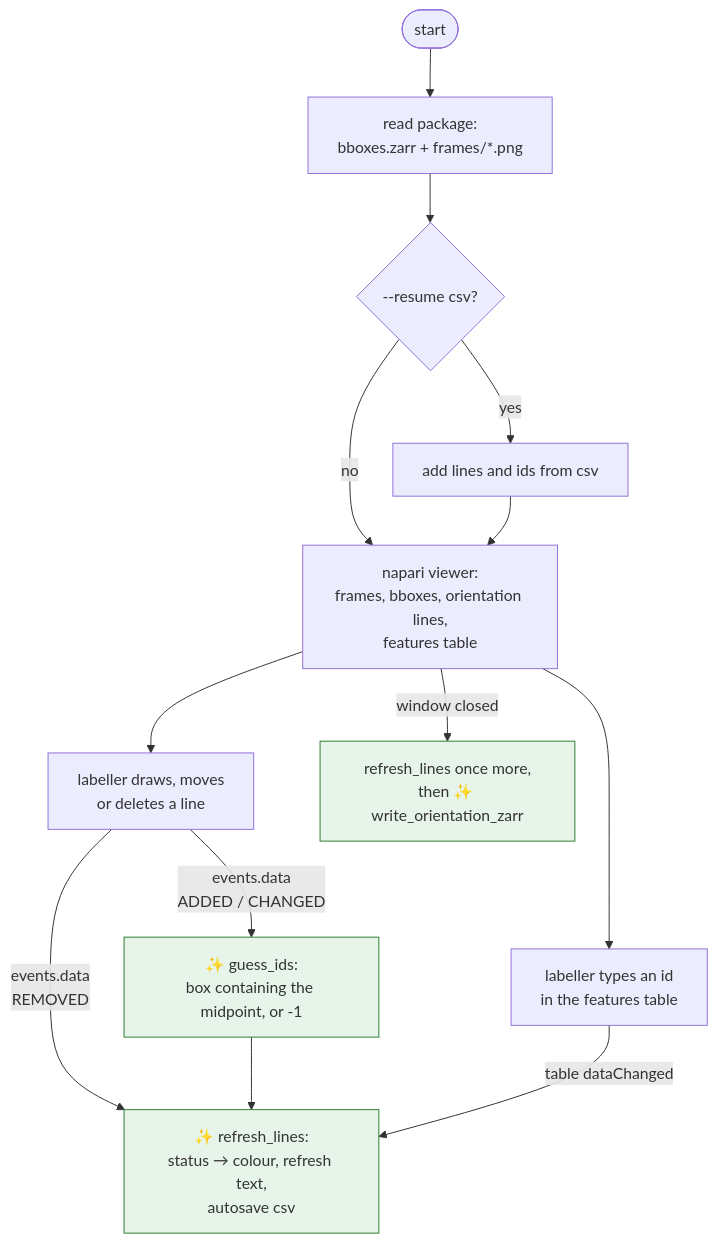
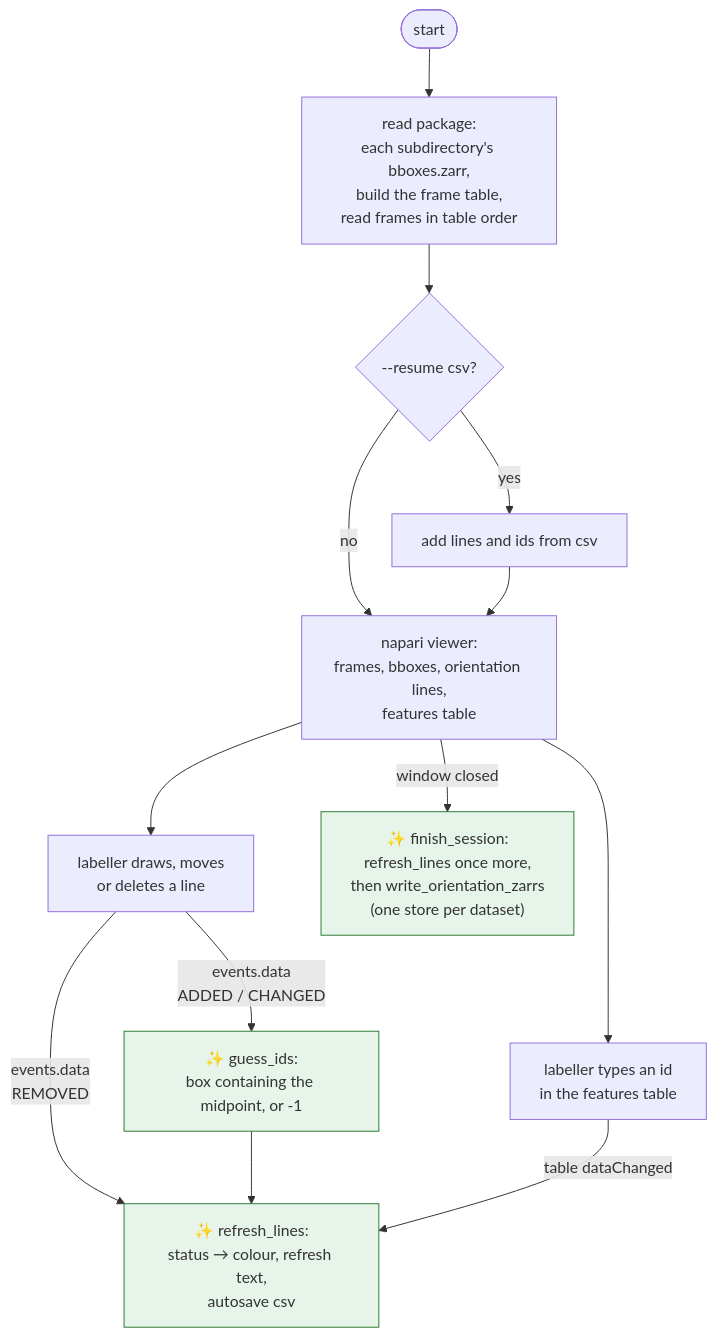
The second of 2 diagrams in claude-plans/proposal-orientation-labelling.md (SainsburyWellcomeCentre/crabs-exploration), drawn with Mermaid before and after one commit. The commit also changed other lines of this file, not shown here.

````diff
--- a/claude-plans/proposal-orientation-labelling.md
+++ b/claude-plans/proposal-orientation-labelling.md
@@ -258,24 +394,24 @@
 ```mermaid
 flowchart TD
-    START([start]) --> LOAD["read package:<br/>bboxes.zarr + frames/*.png"]
+    START([start]) --> LOAD["read package:<br/>each subdirectory's bboxes.zarr,<br/>build the frame table,<br/>read frames in table order"]
     LOAD --> RES{"--resume csv?"}
     RES -->|yes| PRE["add lines and ids from csv"]
     RES -->|no| VIEW
     PRE --> VIEW["napari viewer:<br/>frames, bboxes, orientation lines,<br/>features table"]
 
     VIEW --> DRAW["labeller draws, moves<br/>or deletes a line"]
     VIEW --> EDIT["labeller types an id<br/>in the features table"]
 
     DRAW -->|"events.data<br/>ADDED / CHANGED"| GUESS["✨ guess_ids:<br/>box containing the midpoint, or -1"]
     DRAW -->|"events.data<br/>REMOVED"| REFRESH
     GUESS --> REFRESH["✨ refresh_lines:<br/>status → colour, refresh text,<br/>autosave csv"]
     EDIT -->|"table dataChanged"| REFRESH
 
-    VIEW -->|window closed| END["refresh_lines once more,<br/>then ✨ write_orientation_zarr"]
+    VIEW -->|window closed| END["✨ finish_session:<br/>refresh_lines once more,<br/>then write_orientation_zarrs<br/>(one store per dataset)"]
 
     style GUESS fill:#e6f4ea,stroke:#2e7d32
     style REFRESH fill:#e6f4ea,stroke:#2e7d32
     style END fill:#e6f4ea,stroke:#2e7d32
 
     click REFRESH href "https://github.com/SainsburyWellcomeCentre/crabs-exploration/blob/main/scripts/burrows/annotate_burrow_prompts_manual.py#L139" _blank
 ```
````
